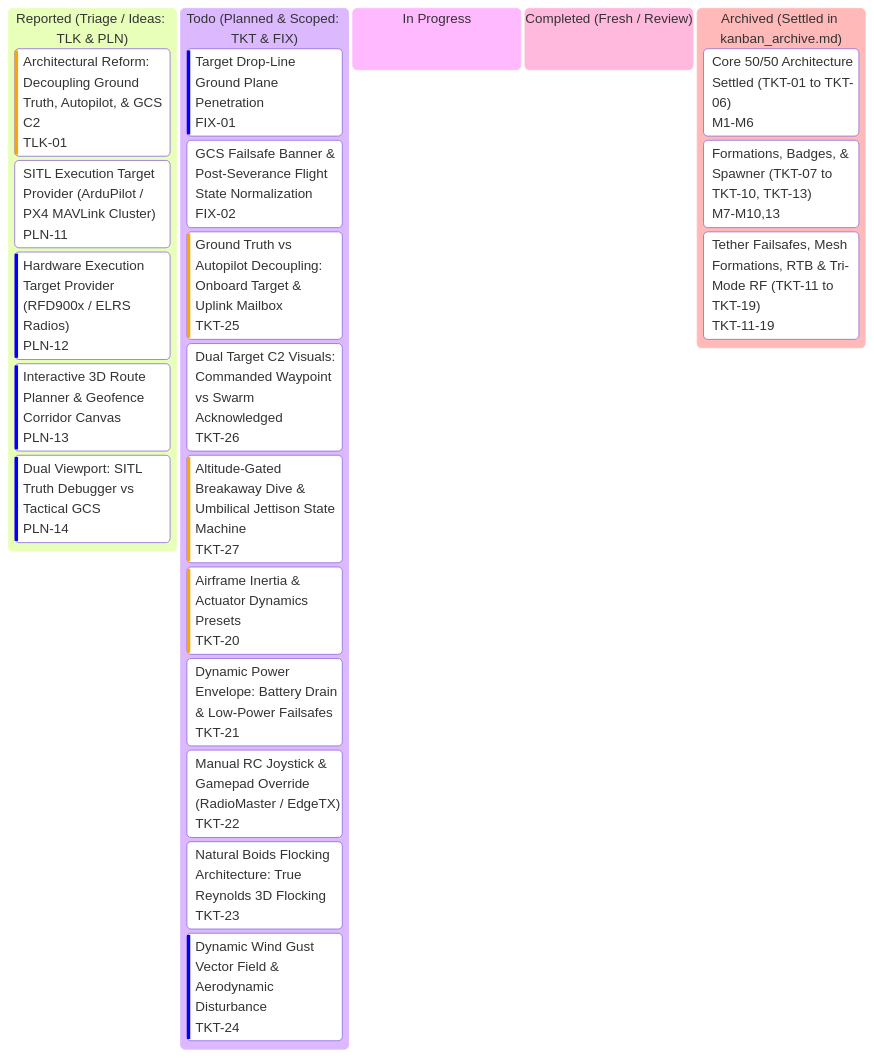
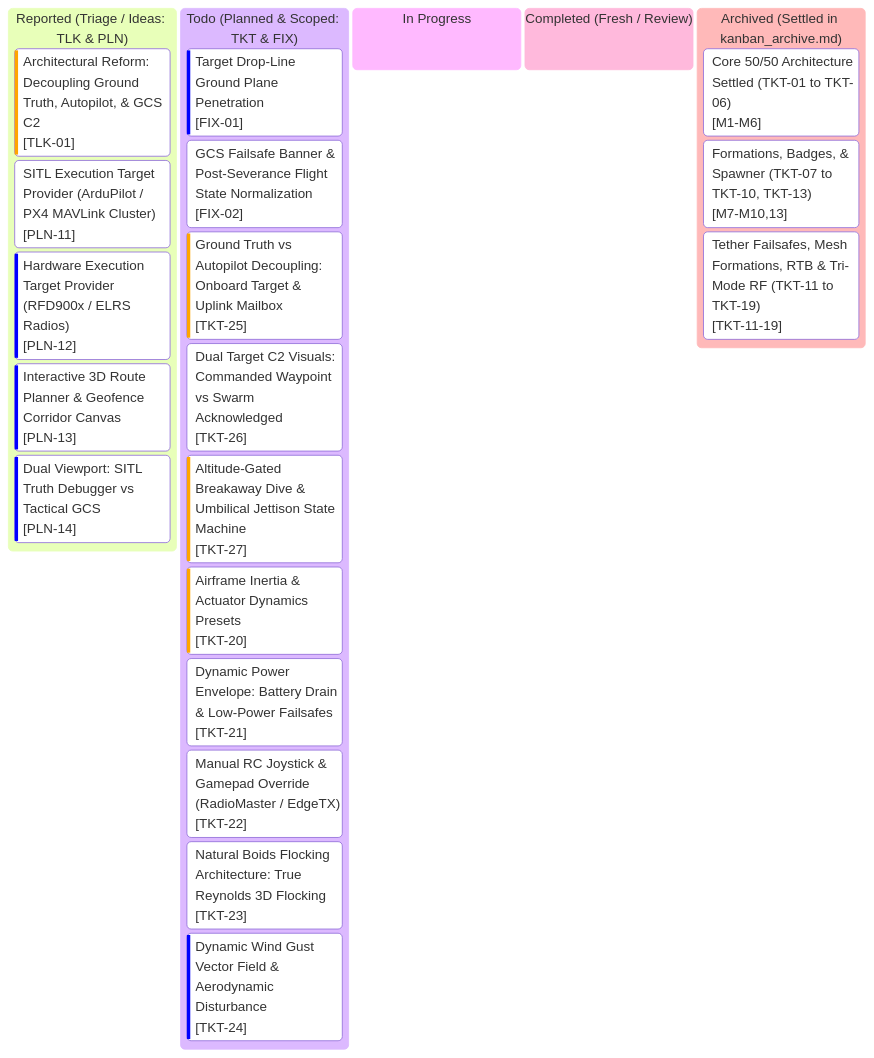
Before and after one commit to AlitheiaDeus/SwarmTech_v3-Uprising: the diagram in kanban.md, drawn with Mermaid. The commit also changed other lines of this file and 2 other files, not shown here.

Commit message:
chore(docs): add MIT license, scope ignore rules, and refresh kanban

````diff
--- a/kanban.md
+++ b/kanban.md
@@ -7,26 +10,46 @@
 ```mermaid
+%%{init: {
+  'theme': 'base',
+  'themeVariables': {
+    'primaryColor': '#0d2235',
+    'primaryTextColor': '#d4f4ff',
+    'primaryBorderColor': '#00f0ff',
+    'lineColor': '#00f0ff',
+    'background': '#061019',
+    'mainBkg': '#0a1926',
+    'secondaryColor': '#081420',
+    'secondaryTextColor': '#5a7e96',
+    'secondaryBorderColor': '#134e6f',
+    'tertiaryColor': '#0e263d',
+    'tertiaryTextColor': '#00ffaa',
+    'tertiaryBorderColor': '#00ffaa',
+    'clusterBkg': '#081420',
+    'clusterBorder': '#134e6f',
+    'fontFamily': "'JetBrains Mono', 'Courier New', monospace"
+  }
+}}%%
 kanban
   reported["Reported (Triage / Ideas: TLK & PLN)"]
-    tlk01["Architectural Reform: Decoupling Ground Truth, Autopilot, & GCS C2"]@{ ticket: 'TLK-01', priority: 'High' }
-    pln11["SITL Execution Target Provider (ArduPilot / PX4 MAVLink Cluster)"]@{ ticket: 'PLN-11', priority: 'Medium' }
-    pln12["Hardware Execution Target Provider (RFD900x / ELRS Radios)"]@{ ticket: 'PLN-12', priority: 'Low' }
-    pln13["Interactive 3D Route Planner & Geofence Corridor Canvas"]@{ ticket: 'PLN-13', priority: 'Low' }
-    pln14["Dual Viewport: SITL Truth Debugger vs Tactical GCS"]@{ ticket: 'PLN-14', priority: 'Low' }
+    tlk01["Architectural Reform: Decoupling Ground Truth, Autopilot, & GCS C2"]@{ ticket: '[TLK-01]', priority: 'High' }
+    pln11["SITL Execution Target Provider (ArduPilot / PX4 MAVLink Cluster)"]@{ ticket: '[PLN-11]', priority: 'Medium' }
+    pln12["Hardware Execution Target Provider (RFD900x / ELRS Radios)"]@{ ticket: '[PLN-12]', priority: 'Low' }
+    pln13["Interactive 3D Route Planner & Geofence Corridor Canvas"]@{ ticket: '[PLN-13]', priority: 'Low' }
+    pln14["Dual Viewport: SITL Truth Debugger vs Tactical GCS"]@{ ticket: '[PLN-14]', priority: 'Low' }
   todo["Todo (Planned & Scoped: TKT & FIX)"]
-    fix01["Target Drop-Line Ground Plane Penetration"]@{ ticket: 'FIX-01', priority: 'Low' }
-    fix02["GCS Failsafe Banner & Post-Severance Flight State Normalization"]@{ ticket: 'FIX-02', priority: 'Medium' }
-    tkt25["Ground Truth vs Autopilot Decoupling: Onboard Target & Uplink Mailbox"]@{ ticket: 'TKT-25', priority: 'High' }
-    tkt26["Dual Target C2 Visuals: Commanded Waypoint vs Swarm Acknowledged"]@{ ticket: 'TKT-26', priority: 'Medium' }
-    tkt27["Altitude-Gated Breakaway Dive & Umbilical Jettison State Machine"]@{ ticket: 'TKT-27', priority: 'High' }
-    tkt20["Airframe Inertia & Actuator Dynamics Presets"]@{ ticket: 'TKT-20', priority: 'High' }
-    tkt21["Dynamic Power Envelope: Battery Drain & Low-Power Failsafes"]@{ ticket: 'TKT-21', priority: 'Medium' }
-    tkt22["Manual RC Joystick & Gamepad Override (RadioMaster / EdgeTX)"]@{ ticket: 'TKT-22', priority: 'Medium' }
-    tkt23["Natural Boids Flocking Architecture: True Reynolds 3D Flocking"]@{ ticket: 'TKT-23', priority: 'Medium' }
-    tkt24["Dynamic Wind Gust Vector Field & Aerodynamic Disturbance"]@{ ticket: 'TKT-24', priority: 'Low' }
+    fix01["Target Drop-Line Ground Plane Penetration"]@{ ticket: '[FIX-01]', priority: 'Low' }
+    fix02["GCS Failsafe Banner & Post-Severance Flight State Normalization"]@{ ticket: '[FIX-02]', priority: 'Medium' }
+    tkt25["Ground Truth vs Autopilot Decoupling: Onboard Target & Uplink Mailbox"]@{ ticket: '[TKT-25]', priority: 'High' }
+    tkt26["Dual Target C2 Visuals: Commanded Waypoint vs Swarm Acknowledged"]@{ ticket: '[TKT-26]', priority: 'Medium' }
+    tkt27["Altitude-Gated Breakaway Dive & Umbilical Jettison State Machine"]@{ ticket: '[TKT-27]', priority: 'High' }
+    tkt20["Airframe Inertia & Actuator Dynamics Presets"]@{ ticket: '[TKT-20]', priority: 'High' }
+    tkt21["Dynamic Power Envelope: Battery Drain & Low-Power Failsafes"]@{ ticket: '[TKT-21]', priority: 'Medium' }
+    tkt22["Manual RC Joystick & Gamepad Override (RadioMaster / EdgeTX)"]@{ ticket: '[TKT-22]', priority: 'Medium' }
+    tkt23["Natural Boids Flocking Architecture: True Reynolds 3D Flocking"]@{ ticket: '[TKT-23]', priority: 'Medium' }
+    tkt24["Dynamic Wind Gust Vector Field & Aerodynamic Disturbance"]@{ ticket: '[TKT-24]', priority: 'Low' }
   in_progress["In Progress"]
   completed["Completed (Fresh / Review)"]
   archived["Archived (Settled in kanban_archive.md)"]
-    arch_m1_6["Core 50/50 Architecture Settled (TKT-01 to TKT-06)"]@{ ticket: 'M1-M6' }
-    arch_m7_10_13["Formations, Badges, & Spawner (TKT-07 to TKT-10, TKT-13)"]@{ ticket: 'M7-M10,13' }
-    arch_m11_19["Tether Failsafes, Mesh Formations, RTB & Tri-Mode RF (TKT-11 to TKT-19)"]@{ ticket: 'TKT-11-19' }
+    arch_m1_6["Core 50/50 Architecture Settled (TKT-01 to TKT-06)"]@{ ticket: '[M1-M6]' }
+    arch_m7_10_13["Formations, Badges, & Spawner (TKT-07 to TKT-10, TKT-13)"]@{ ticket: '[M7-M10,13]' }
+    arch_m11_19["Tether Failsafes, Mesh Formations, RTB & Tri-Mode RF (TKT-11 to TKT-19)"]@{ ticket: '[TKT-11-19]' }
 ```
````
